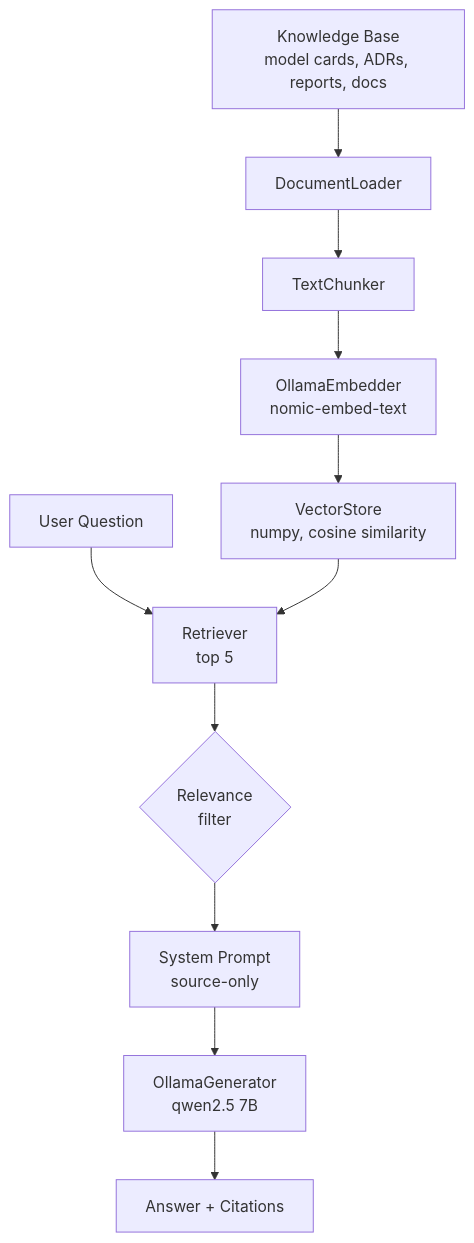
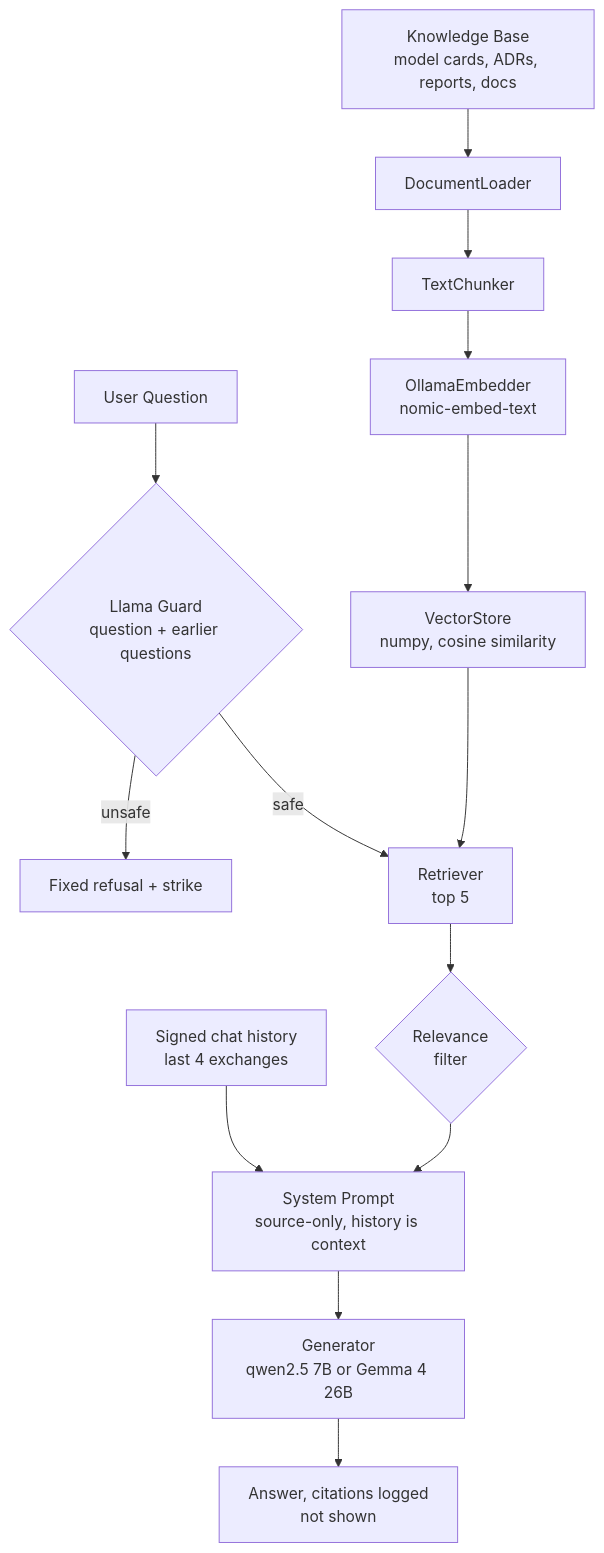
The third of 3 diagrams in docs/showcase/project-showcase.md (SumukhaK/football-intelligence-platform), drawn with Mermaid before and after one commit. The commit also changed other lines of this file and 24 other files, not shown here.

First line of the commit message:
feat(backend): remember the last exchanges of a chat with signed history

````diff
--- a/docs/showcase/project-showcase.md
+++ b/docs/showcase/project-showcase.md
@@ -153,13 +155,16 @@
 ```mermaid
 flowchart TD
     A[Knowledge Base\nmodel cards, ADRs, reports, docs] --> B[DocumentLoader]
     B --> C[TextChunker]
     C --> D[OllamaEmbedder\nnomic-embed-text]
     D --> E[VectorStore\nnumpy, cosine similarity]
-    Q[User Question] --> F[Retriever\ntop 5]
+    Q[User Question] --> S{Llama Guard\nquestion + earlier questions}
+    S -- unsafe --> R[Fixed refusal + strike]
+    S -- safe --> F[Retriever\ntop 5]
     E --> F
     F --> G{Relevance\nfilter}
-    G --> H[System Prompt\nsource-only]
-    H --> I[OllamaGenerator\nqwen2.5 7B]
-    I --> J[Answer + Citations]
+    HIS[Signed chat history\nlast 4 exchanges] --> H
+    G --> H[System Prompt\nsource-only, history is context]
+    H --> I[Generator\nqwen2.5 7B or Gemma 4 26B]
+    I --> J[Answer, citations logged\nnot shown]
 ```
````
